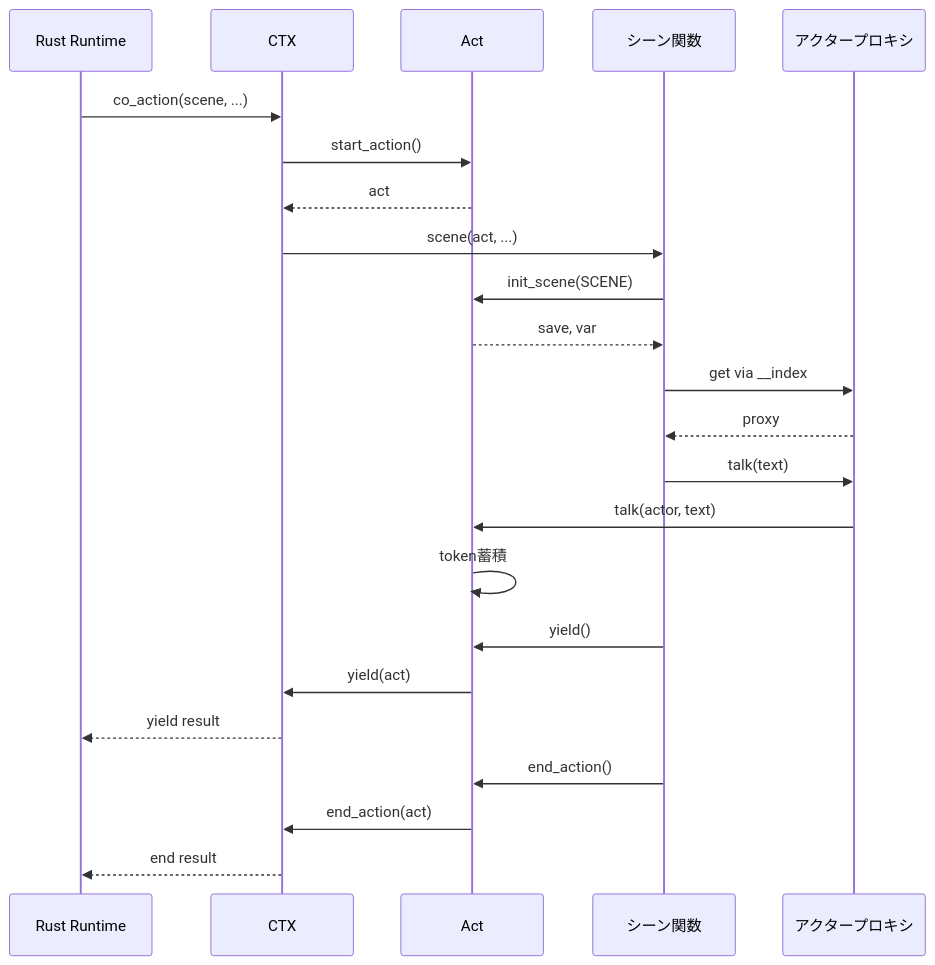
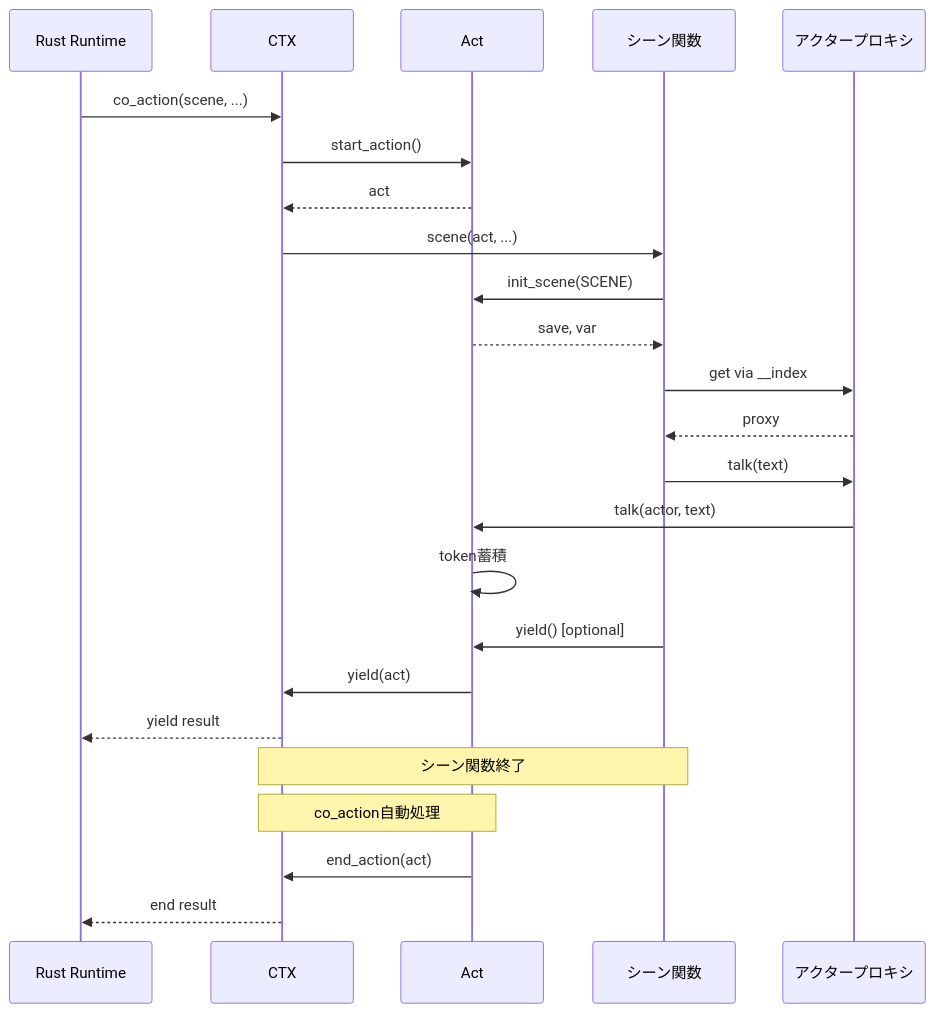
One commit to ekicyou/pasta changed the second of 5 diagrams in .kiro/specs/pasta_lua_design_refactor/design.md. Above: the diagram before and after it, drawn with Mermaid. The commit also changed other lines of this file and 1 other file, not shown here.

````diff
--- a/.kiro/specs/pasta_lua_design_refactor/design.md
+++ b/.kiro/specs/pasta_lua_design_refactor/design.md
@@ -95,26 +95,27 @@
 ```mermaid
 sequenceDiagram
     participant Rust as Rust Runtime
     participant CTX as CTX
     participant Act as Act
     participant Scene as シーン関数
     participant Proxy as アクタープロキシ
     
     Rust->>CTX: co_action(scene, ...)
     CTX->>Act: start_action()
     Act-->>CTX: act
     CTX->>Scene: scene(act, ...)
     Scene->>Act: init_scene(SCENE)
     Act-->>Scene: save, var
     Scene->>Proxy: get via __index
     Proxy-->>Scene: proxy
     Scene->>Proxy: talk(text)
     Proxy->>Act: talk(actor, text)
     Act->>Act: token蓄積
-    Scene->>Act: yield()
+    Scene->>Act: yield() [optional]
     Act->>CTX: yield(act)
     CTX-->>Rust: yield result
-    Scene->>Act: end_action()
+    Note over Scene,CTX: シーン関数終了
+    Note over CTX,Act: co_action自動処理
     Act->>CTX: end_action(act)
     CTX-->>Rust: end result
 ```
````
